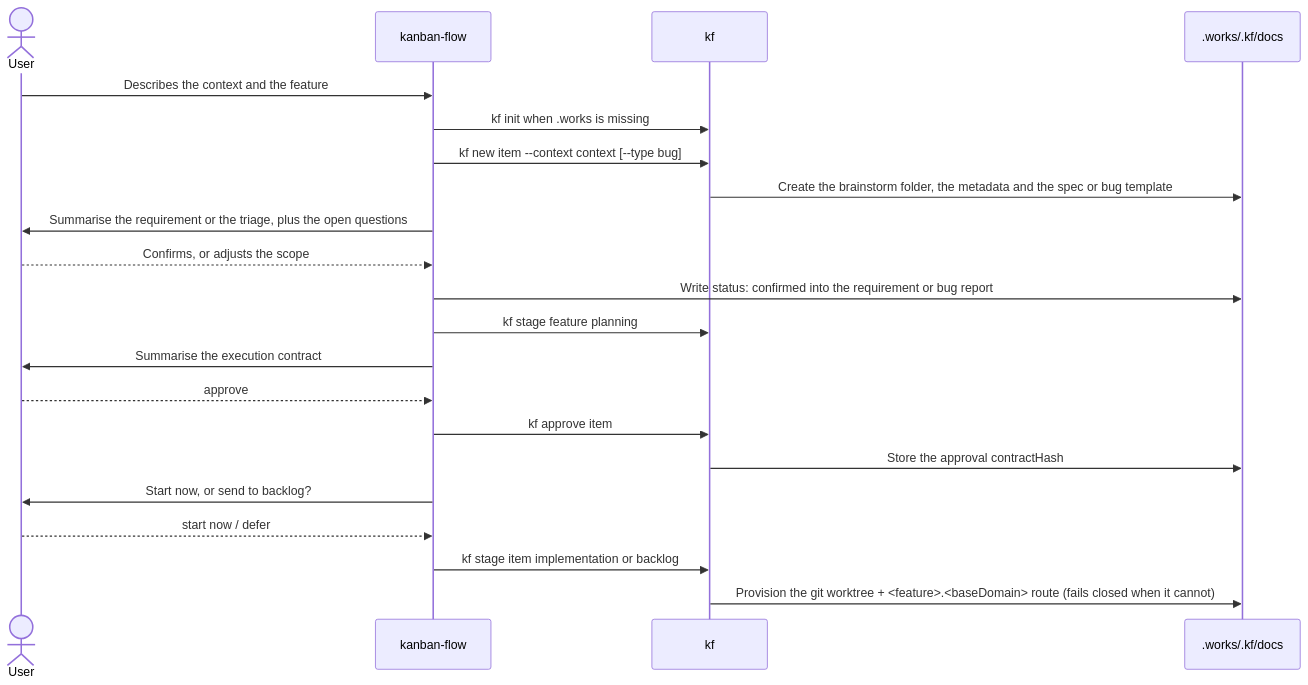
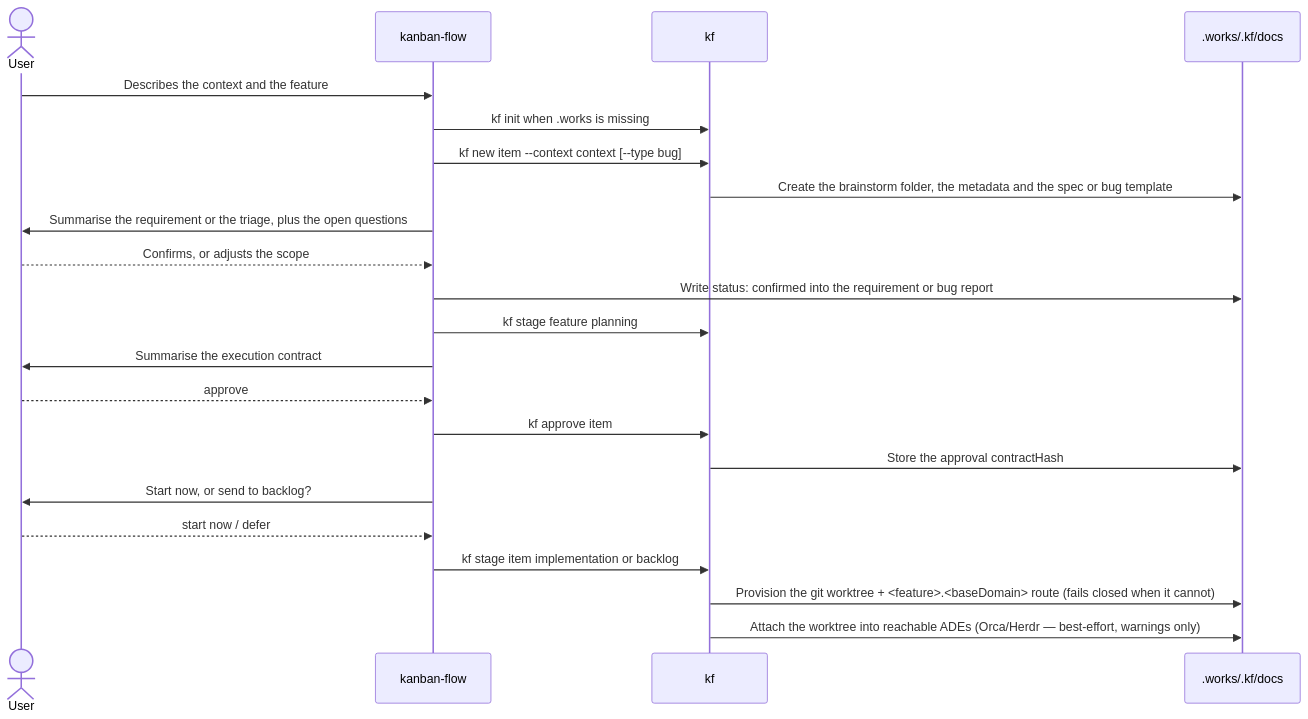
Before and after one commit to phuthuycoding/kanban-flow: the second of 3 diagrams in docs/workflow/lifecycle.md, drawn with Mermaid. The commit also changed 20 other files, not shown here.

First line of the commit message:
feat(worktree): sync worktrees into running ADEs via adapter registry (#45)

````diff
--- a/docs/workflow/lifecycle.md
+++ b/docs/workflow/lifecycle.md
@@ -62,24 +62,25 @@
 ```mermaid
 sequenceDiagram
     actor User
     participant Orchestrator as kanban-flow
     participant CLI as kf
     participant FS as .works/.kf/docs
 
     User->>Orchestrator: Describes the context and the feature
     Orchestrator->>CLI: kf init when .works is missing
     Orchestrator->>CLI: kf new item --context context [--type bug]
     CLI->>FS: Create the brainstorm folder, the metadata and the spec or bug template
     Orchestrator->>User: Summarise the requirement or the triage, plus the open questions
     User-->>Orchestrator: Confirms, or adjusts the scope
     Orchestrator->>FS: Write status: confirmed into the requirement or bug report
     Orchestrator->>CLI: kf stage feature planning
     Orchestrator->>User: Summarise the execution contract
     User-->>Orchestrator: approve
     Orchestrator->>CLI: kf approve item
     CLI->>FS: Store the approval contractHash
     Orchestrator->>User: Start now, or send to backlog?
     User-->>Orchestrator: start now / defer
     Orchestrator->>CLI: kf stage item implementation or backlog
     CLI->>FS: Provision the git worktree + <feature>.<baseDomain> route (fails closed when it cannot)
+    CLI->>FS: Attach the worktree into reachable ADEs (Orca/Herdr — best-effort, warnings only)
 ```
````
